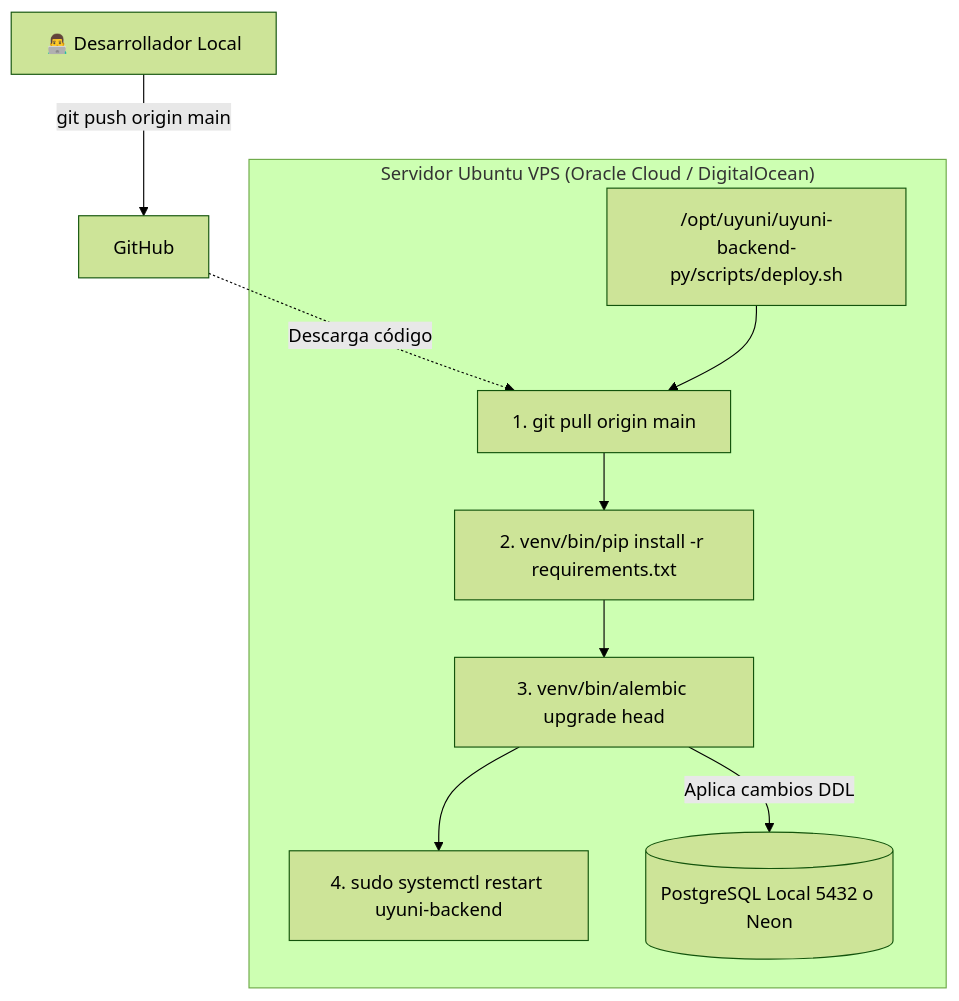
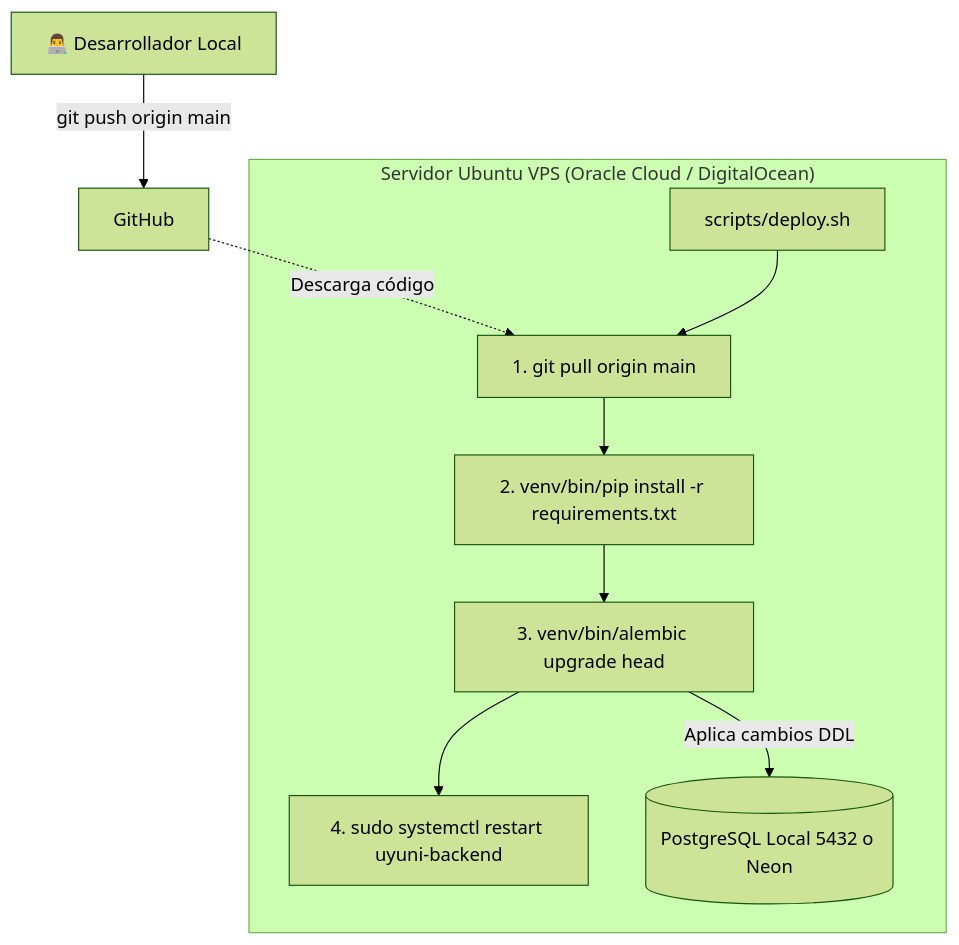
Before and after one commit to henrytaby/uyuni-backend-py: the second of 2 diagrams in docs/deployment/PRODUCTION_UPDATES_AND_MIGRATIONS_GUIDE.md, drawn with Mermaid (forest theme). The commit also changed other lines of this file and 2 other files, not shown here.

````diff
--- a/docs/deployment/PRODUCTION_UPDATES_AND_MIGRATIONS_GUIDE.md
+++ b/docs/deployment/PRODUCTION_UPDATES_AND_MIGRATIONS_GUIDE.md
@@ -115,17 +115,17 @@
 ```mermaid
 flowchart TD
     DEV["👨‍💻 Desarrollador Local"] -->|git push origin main| GH["GitHub"]
     
     subgraph VPS ["Servidor Ubuntu VPS (Oracle Cloud / DigitalOcean)"]
-        DEPLOY_SCRIPT["/opt/uyuni/uyuni-backend-py/scripts/deploy.sh"]
+        DEPLOY_SCRIPT["scripts/deploy.sh"]
         GIT_PULL["1. git pull origin main"]
         PIP_INSTALL["2. venv/bin/pip install -r requirements.txt"]
         ALEMBIC["3. venv/bin/alembic upgrade head"]
         SYSTEMD["4. sudo systemctl restart uyuni-backend"]
         LOCAL_DB[("PostgreSQL Local 5432 o Neon")]
     end
     
     GH -.->|Descarga código| GIT_PULL
     DEPLOY_SCRIPT --> GIT_PULL --> PIP_INSTALL --> ALEMBIC --> SYSTEMD
     ALEMBIC -->|Aplica cambios DDL| LOCAL_DB
 ```
````
